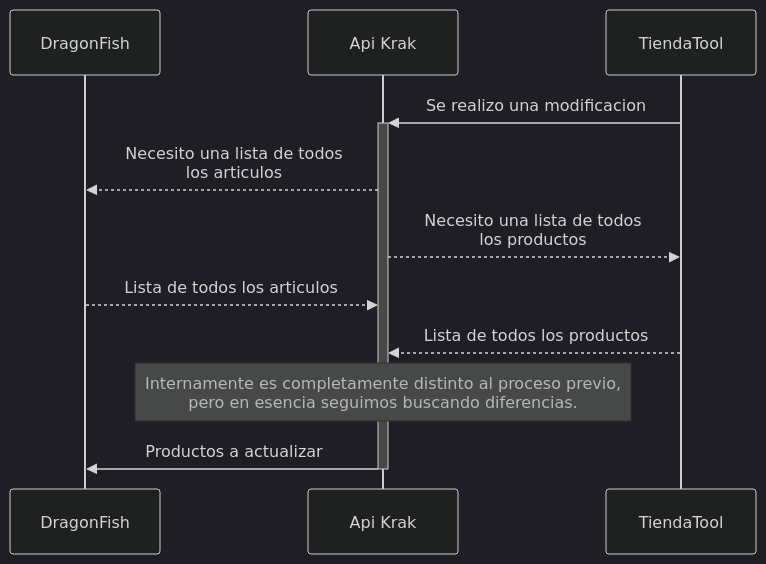
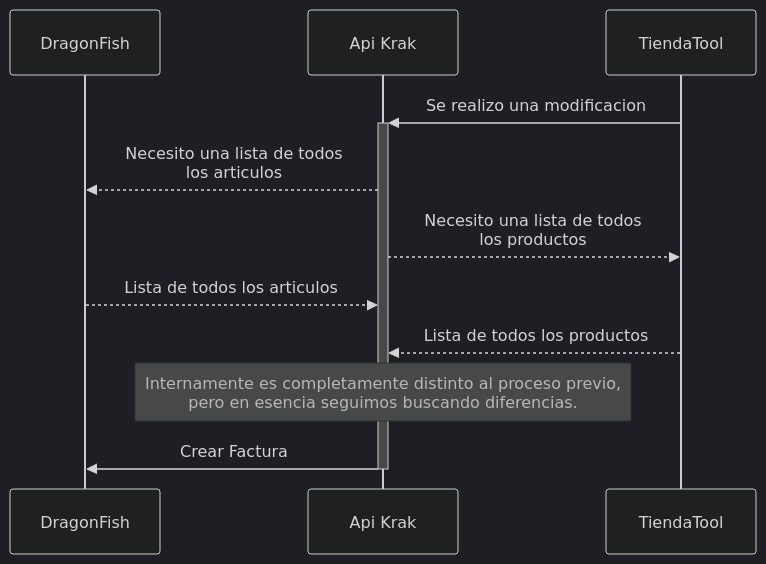
One commit to juanrolon54/ProcesamientoDatosDragonfishTiendatool changed the second of 2 diagrams in README.md. Above: the diagram before and after it, drawn with Mermaid (dark theme).

````diff
--- a/README.md
+++ b/README.md
@@ -65,27 +65,27 @@
 ```mermaid
 
 sequenceDiagram
 
 participant D as DragonFish
 
 participant K as Api Krak
 
 participant W as TiendaTool
 
   
 
 W ->>+ K: Se realizo una modificacion
 
 K -->> D: Necesito una lista de todos <br/> los articulos
 
 K -->> W: Necesito una lista de todos <br/> los productos
 
 D -->> K: Lista de todos los articulos
 
 W -->> K: Lista de todos los productos
 
 Note over K: Internamente es completamente distinto al proceso previo,<br/> pero en esencia seguimos buscando diferencias.
 
-K ->>- D: Productos a actualizar
+K ->>- D: Crear Factura
 
 ```
````
